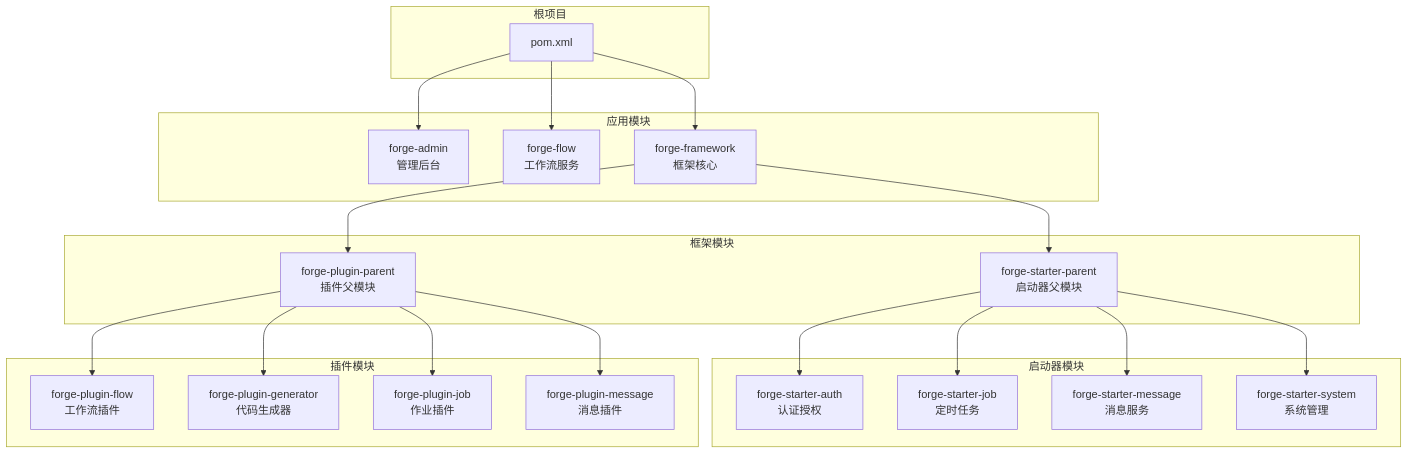
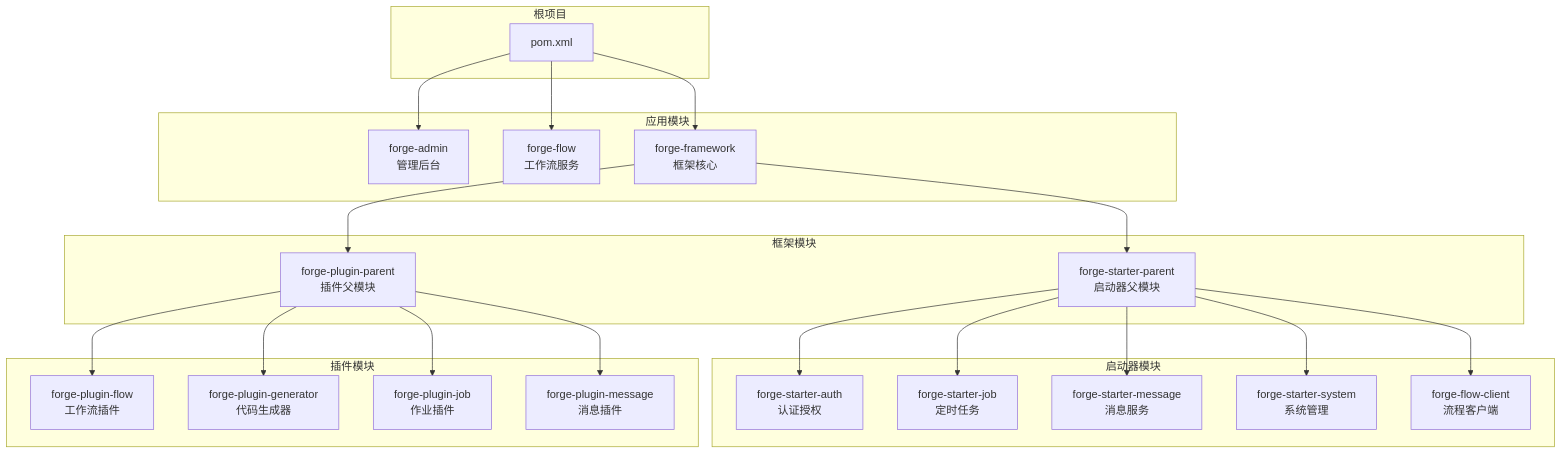
Before and after one commit to yaomindong1996/forge-admin: the first of 6 diagrams in .qoder/repowiki/zh/content/核心功能模块/工作流管理系统.md, drawn with Mermaid. The commit also changed other lines of this file and 76 other files, not shown here.

````diff
--- a/.qoder/repowiki/zh/content/核心功能模块/工作流管理系统.md
+++ b/.qoder/repowiki/zh/content/核心功能模块/工作流管理系统.md
@@ -73,40 +83,42 @@
 ```mermaid
 graph TB
 subgraph "根项目"
 ROOT[pom.xml]
 end
 subgraph "应用模块"
 ADMIN[forge-admin<br/>管理后台]
 FLOW[forge-flow<br/>工作流服务]
 FRAMEWORK[forge-framework<br/>框架核心]
 end
 subgraph "框架模块"
 STARTER[forge-starter-parent<br/>启动器父模块]
 PLUGIN[forge-plugin-parent<br/>插件父模块]
 end
 subgraph "启动器模块"
 AUTH[forge-starter-auth<br/>认证授权]
 JOB[forge-starter-job<br/>定时任务]
 MESSAGE[forge-starter-message<br/>消息服务]
 SYSTEM[forge-starter-system<br/>系统管理]
+FLOWSERVER[forge-flow-client<br/>流程客户端]
 end
 subgraph "插件模块"
 FLOW_PLUGIN[forge-plugin-flow<br/>工作流插件]
 GENERATOR[forge-plugin-generator<br/>代码生成器]
 JOB_PLUGIN[forge-plugin-job<br/>作业插件]
 MESSAGE_PLUGIN[forge-plugin-message<br/>消息插件]
 end
 ROOT --> ADMIN
 ROOT --> FLOW
 ROOT --> FRAMEWORK
 FRAMEWORK --> STARTER
 FRAMEWORK --> PLUGIN
 STARTER --> AUTH
 STARTER --> JOB
 STARTER --> MESSAGE
 STARTER --> SYSTEM
+STARTER --> FLOWSERVER
 PLUGIN --> FLOW_PLUGIN
 PLUGIN --> GENERATOR
 PLUGIN --> JOB_PLUGIN
 PLUGIN --> MESSAGE_PLUGIN
 ```
````
